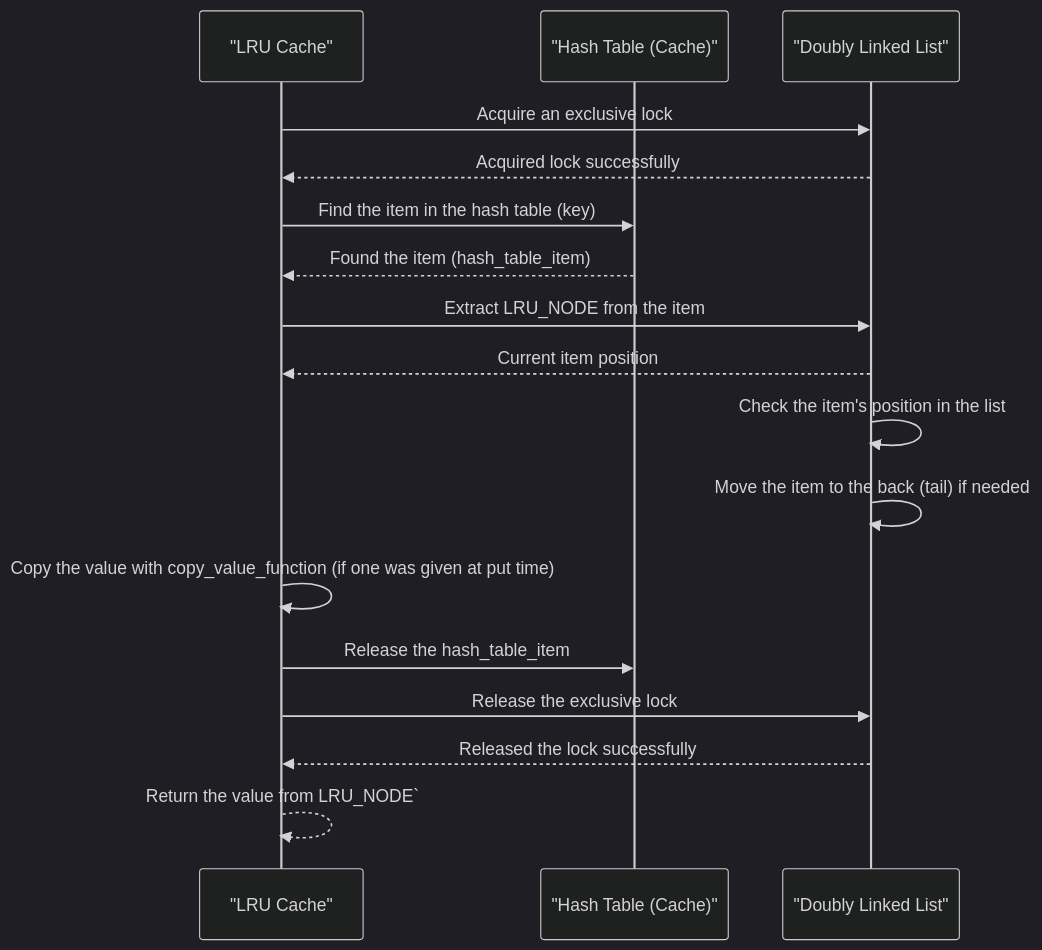
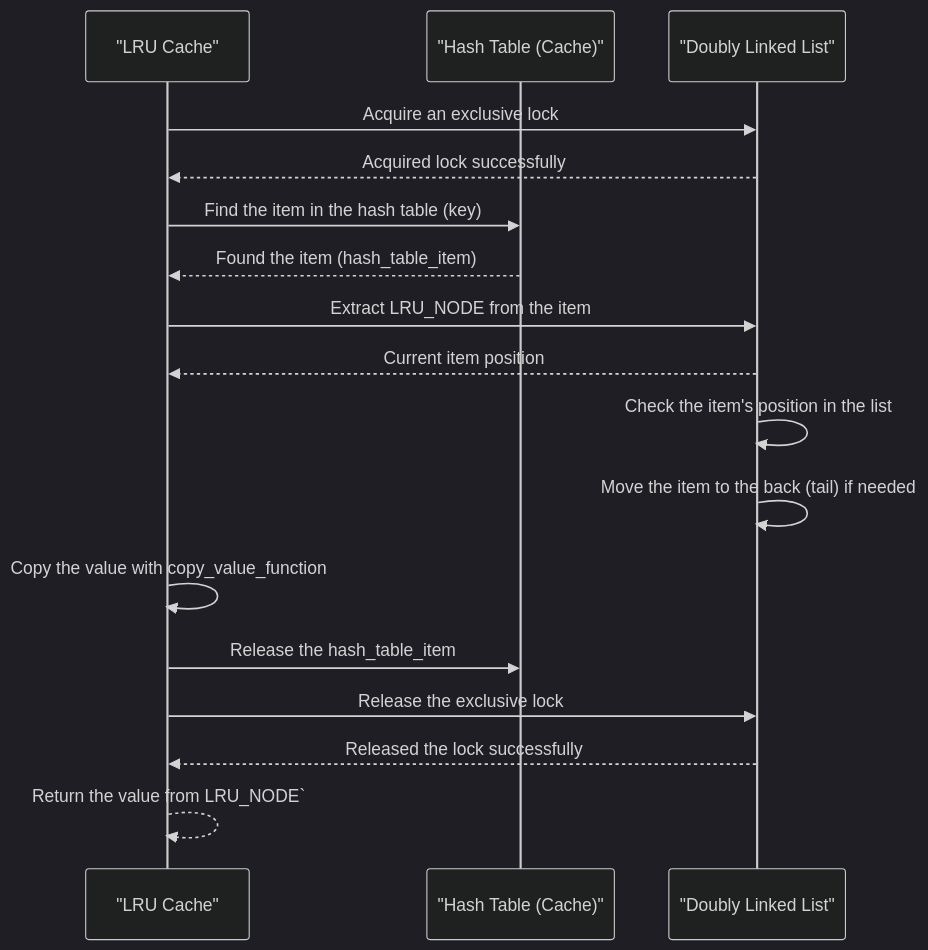
Before and after one commit to Azure/clds: the third of 3 diagrams in devdoc/lru_cache_design.md, drawn with Mermaid (dark theme). The commit also changed other lines of this file and 4 other files, not shown here.

First line of the commit message:
Require all four key/value copy/free functions in lru_cache_put

````diff
--- a/devdoc/lru_cache_design.md
+++ b/devdoc/lru_cache_design.md
@@ -130,19 +130,19 @@
 ```mermaid
 sequenceDiagram
     participant Cache as "LRU Cache"
     participant HashTable as "Hash Table (Cache)"
     participant LRUList as "Doubly Linked List"    
     Cache ->> LRUList: Acquire an exclusive lock
     LRUList -->> Cache: Acquired lock successfully
     Cache ->> HashTable: Find the item in the hash table (key)
     HashTable -->> Cache: Found the item (hash_table_item)
     Cache ->> LRUList: Extract LRU_NODE from the item
     LRUList -->> Cache: Current item position
     LRUList ->> LRUList: Check the item's position in the list
     LRUList ->> LRUList: Move the item to the back (tail) if needed
-    Cache ->> Cache: Copy the value with copy_value_function (if one was given at put time)
+    Cache ->> Cache: Copy the value with copy_value_function
     Cache ->> HashTable: Release the hash_table_item
     Cache ->> LRUList: Release the exclusive lock
     LRUList -->> Cache: Released the lock successfully
     Cache -->> Cache: Return the value from LRU_NODE` 
 ```
````
